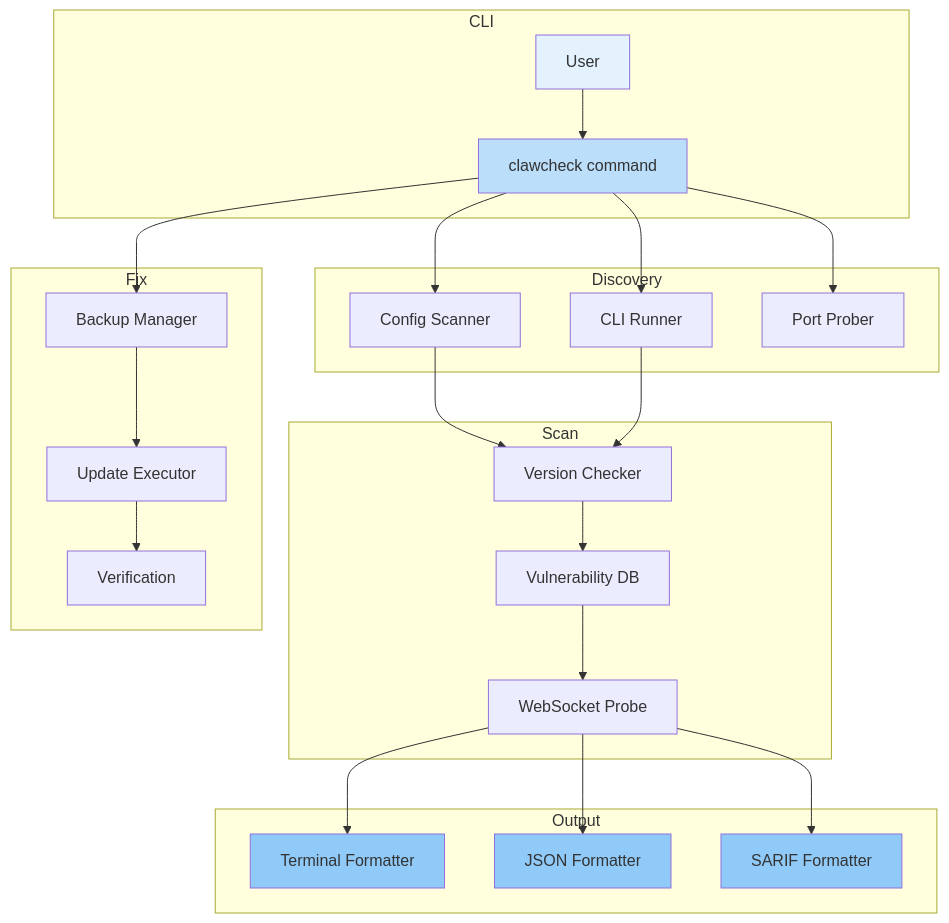
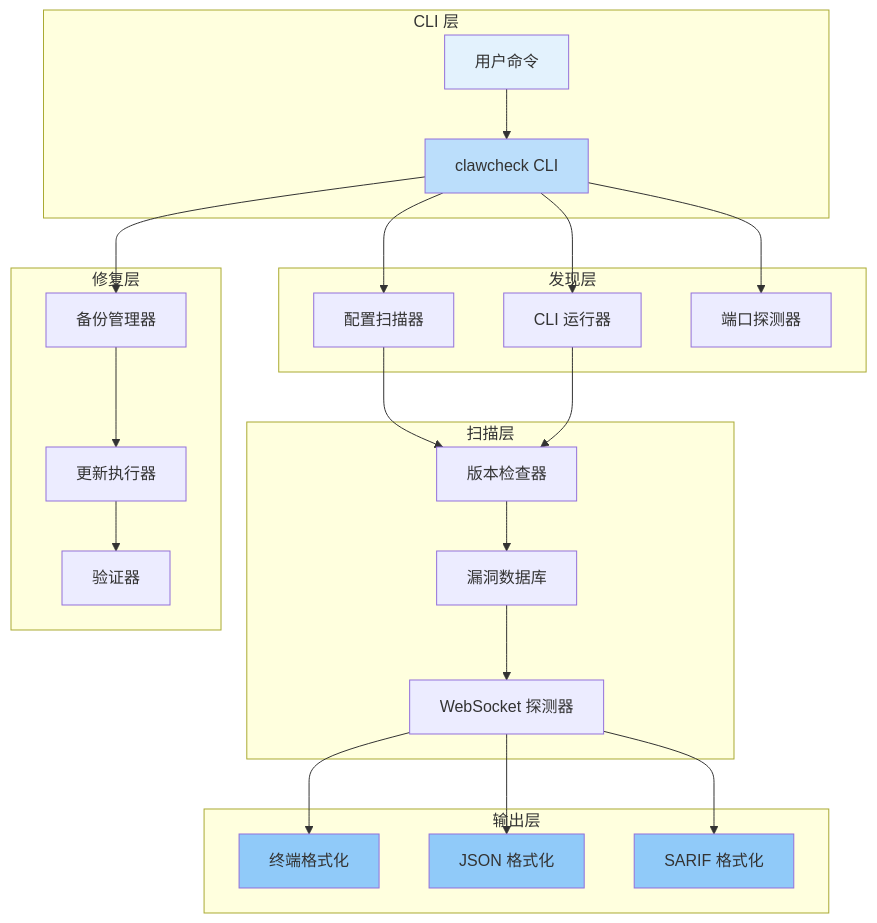
One commit to ErinYu/clawcheck changed the eighth of 9 diagrams in README.md. Above: the diagram before and after it, drawn with Mermaid. The commit also changed other lines of this file, not shown here.

````diff
--- a/README.md
+++ b/README.md
@@ -320,53 +430,53 @@
 ```mermaid
 flowchart TD
-    subgraph CLI
-        A[User]
-        B[clawcheck command]
+    subgraph CLI 层
+        A[用户命令]
+        B[clawcheck CLI]
     end
 
-    subgraph Discovery
-        C[Config Scanner]
-        D[CLI Runner]
-        E[Port Prober]
+    subgraph 发现层
+        C[配置扫描器]
+        D[CLI 运行器]
+        E[端口探测器]
     end
 
-    subgraph Scan
-        F[Vulnerability DB]
-        G[Version Checker]
-        H[WebSocket Probe]
+    subgraph 扫描层
+        F[漏洞数据库]
+        G[版本检查器]
+        H[WebSocket 探测器]
     end
 
-    subgraph Output
-        I[Terminal Formatter]
-        J[JSON Formatter]
-        K[SARIF Formatter]
+    subgraph 输出层
+        I[终端格式化]
+        J[JSON 格式化]
+        K[SARIF 格式化]
     end
 
-    subgraph Fix
-        L[Backup Manager]
-        M[Update Executor]
-        N[Verification]
+    subgraph 修复层
+        L[备份管理器]
+        M[更新执行器]
+        N[验证器]
     end
 
     A --> B
     B --> C
     B --> D
     B --> E
     C --> G
     D --> G
     G --> F
     F --> H
     H --> I
     H --> J
     H --> K
 
     B --> L
     L --> M
     M --> N
 
     style A fill:#e3f2fd
     style B fill:#bbdefb
     style I fill:#90caf9
     style J fill:#90caf9
     style K fill:#90caf9
 ```
````
